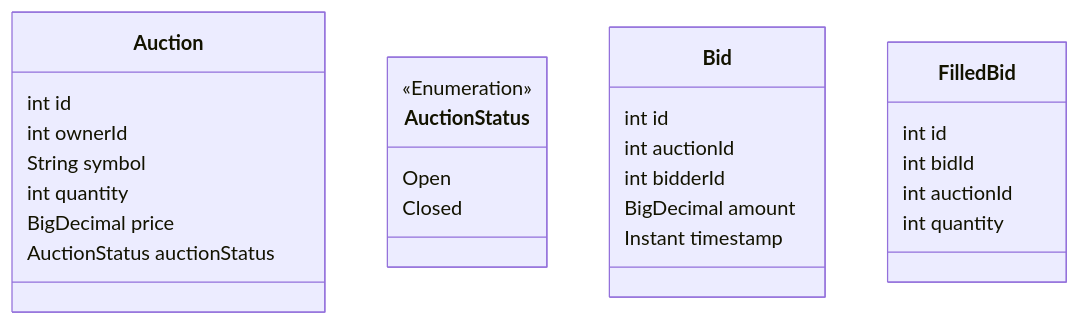
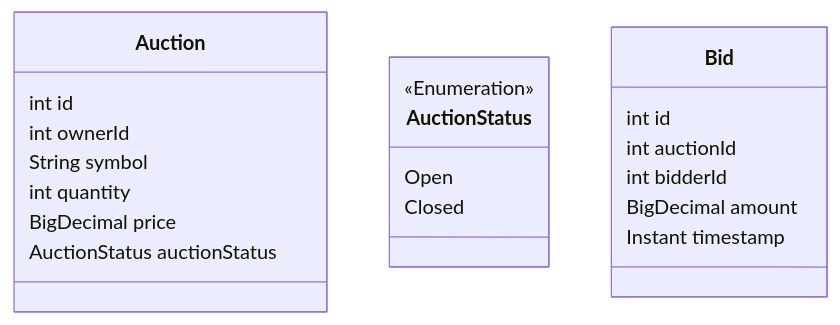
One commit to grancalavera/auction-house changed the second of 4 diagrams in docs/class.md. Above: the diagram before and after it, drawn with Mermaid. The commit also changed other lines of this file and 8 other files, not shown here.

````diff
--- a/docs/class.md
+++ b/docs/class.md
@@ -85,34 +85,28 @@
 ```mermaid
 classDiagram
 
 class Auction {
   int id
   int ownerId
   String symbol
   int quantity
   BigDecimal price
   AuctionStatus auctionStatus
 }
 
 class AuctionStatus {
   <<Enumeration>>
   Open
   Closed
 }
 
 class Bid {
   int id
   int auctionId
   int bidderId
   BigDecimal amount
   Instant timestamp
 }
 
 
-class FilledBid {
-  int id
-  int bidId
-  int auctionId
-  int quantity
-}
 ```
````
